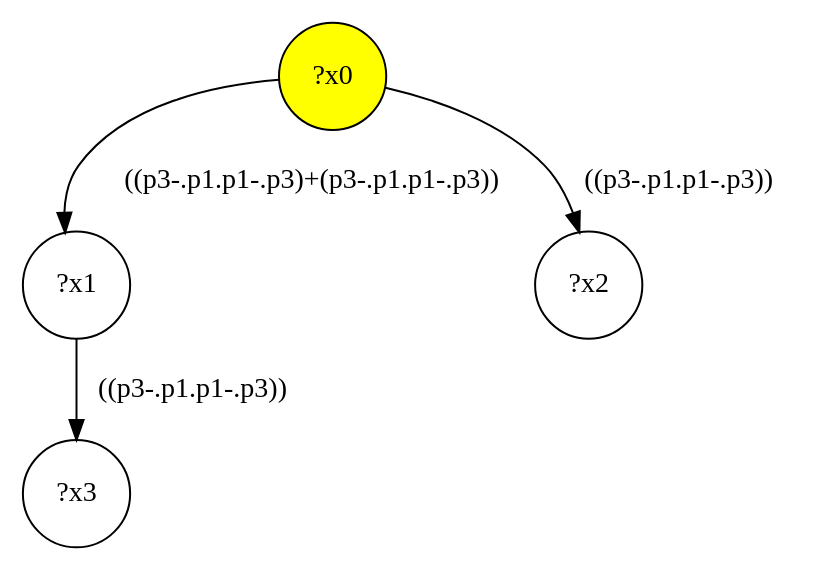
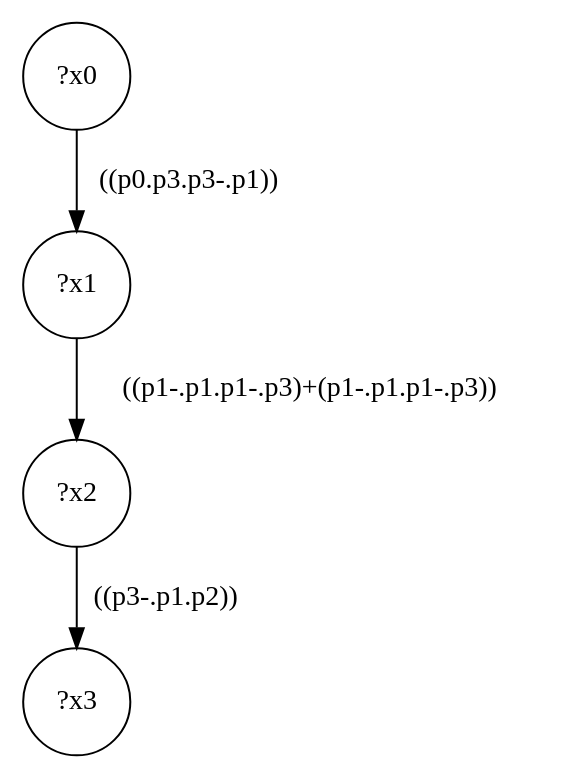
The diagram in src/queryinterface/interface-queries/query-41.dot (gbagan/gmark), drawn with Graphviz before and after one commit. The commit also changed 150 other files, not shown here.

```diff
--- a/src/queryinterface/interface-queries/query-41.dot
+++ b/src/queryinterface/interface-queries/query-41.dot
@@ -1,9 +1,9 @@
 digraph g {
-	x0 [fillcolor="yellow", style="filled," shape=circle, label="?x0"];
+	x0 [shape=circle, label="?x0"];
 	x1 [shape=circle, label="?x1"];
-	x0 -> x1 [label="((p3-.p1.p1-.p3)+(p3-.p1.p1-.p3))"];
+	x0 -> x1 [label="((p0.p3.p3-.p1))"];
 	x2 [shape=circle, label="?x2"];
-	x0 -> x2 [label="((p3-.p1.p1-.p3))"];
+	x1 -> x2 [label="((p1-.p1.p1-.p3)+(p1-.p1.p1-.p3))"];
 	x3 [shape=circle, label="?x3"];
-	x1 -> x3 [label="((p3-.p1.p1-.p3))"];
+	x2 -> x3 [label="((p3-.p1.p2))"];
 }
```
